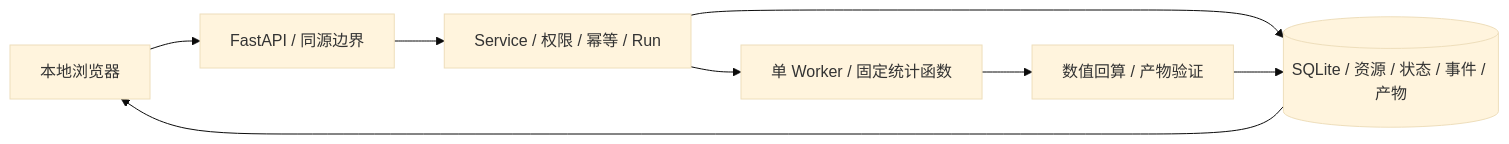
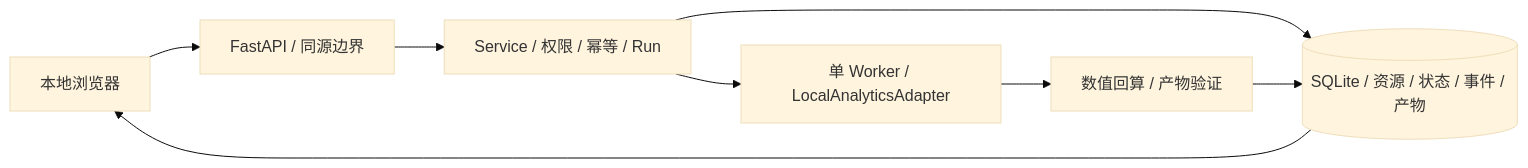
The first of 2 diagrams in docs/harness/CURRENT_ARCHITECTURE.md (royal007a/wb_harness_agent), drawn with Mermaid (base theme) before and after one commit. The commit also changed other lines of this file and 41 other files, not shown here.

````diff
--- a/docs/harness/CURRENT_ARCHITECTURE.md
+++ b/docs/harness/CURRENT_ARCHITECTURE.md
@@ -7,10 +7,10 @@
 ```mermaid
 flowchart LR
   UI[本地浏览器] --> API[FastAPI / 同源边界]
   API --> SVC[Service / 权限 / 幂等 / Run]
   SVC --> DB[(SQLite / 资源 / 状态 / 事件 / 产物)]
-  SVC --> W[单 Worker / 固定统计函数]
+  SVC --> W[单 Worker / LocalAnalyticsAdapter]
   W --> V[数值回算 / 产物验证]
   V --> DB
   DB --> UI
 ```
````
